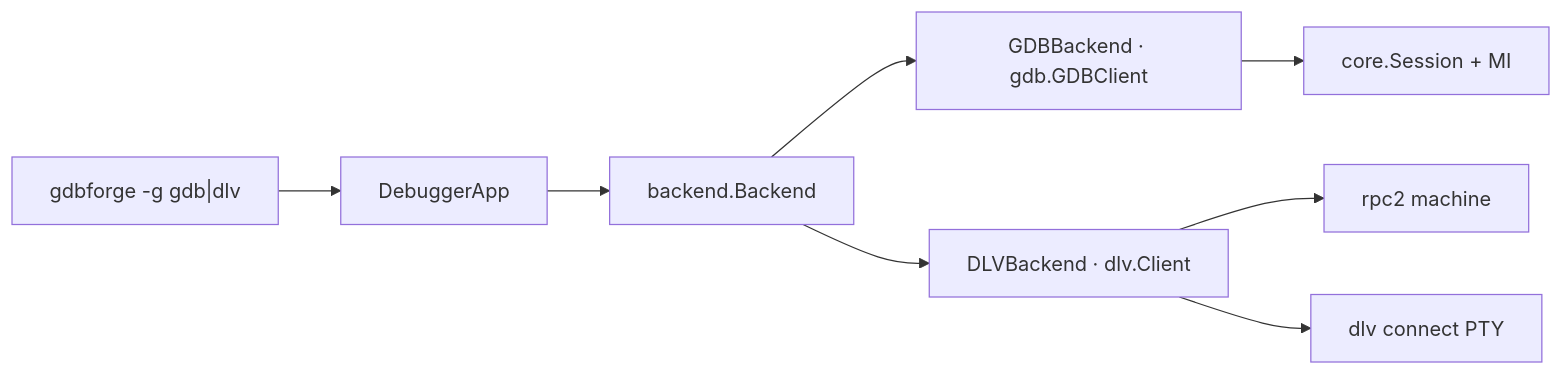
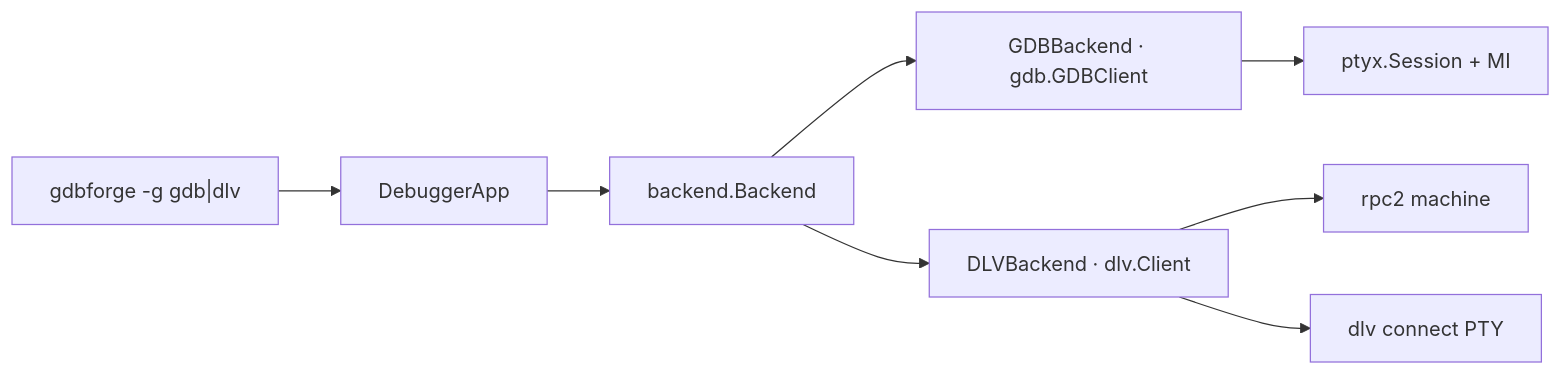
Before and after one commit to yairgd/gdbforge: the seventh of 8 diagrams in docs/DEBUGGER_INTEGRATION.md, drawn with Mermaid. The commit also changed other lines of this file and 267 other files, not shown here.

````diff
--- a/docs/DEBUGGER_INTEGRATION.md
+++ b/docs/DEBUGGER_INTEGRATION.md
@@ -770,10 +770,10 @@
 ```mermaid
 flowchart LR
   CLI["gdbforge -g gdb|dlv"] --> App["DebuggerApp"]
   App --> BE["backend.Backend"]
   BE --> GDB["GDBBackend · gdb.GDBClient"]
   BE --> DLV["DLVBackend · dlv.Client"]
-  GDB --> Sess["core.Session + MI"]
+  GDB --> Sess["ptyx.Session + MI"]
   DLV --> RPC["rpc2 machine"]
   DLV --> PTY["dlv connect PTY"]
 ```
````
